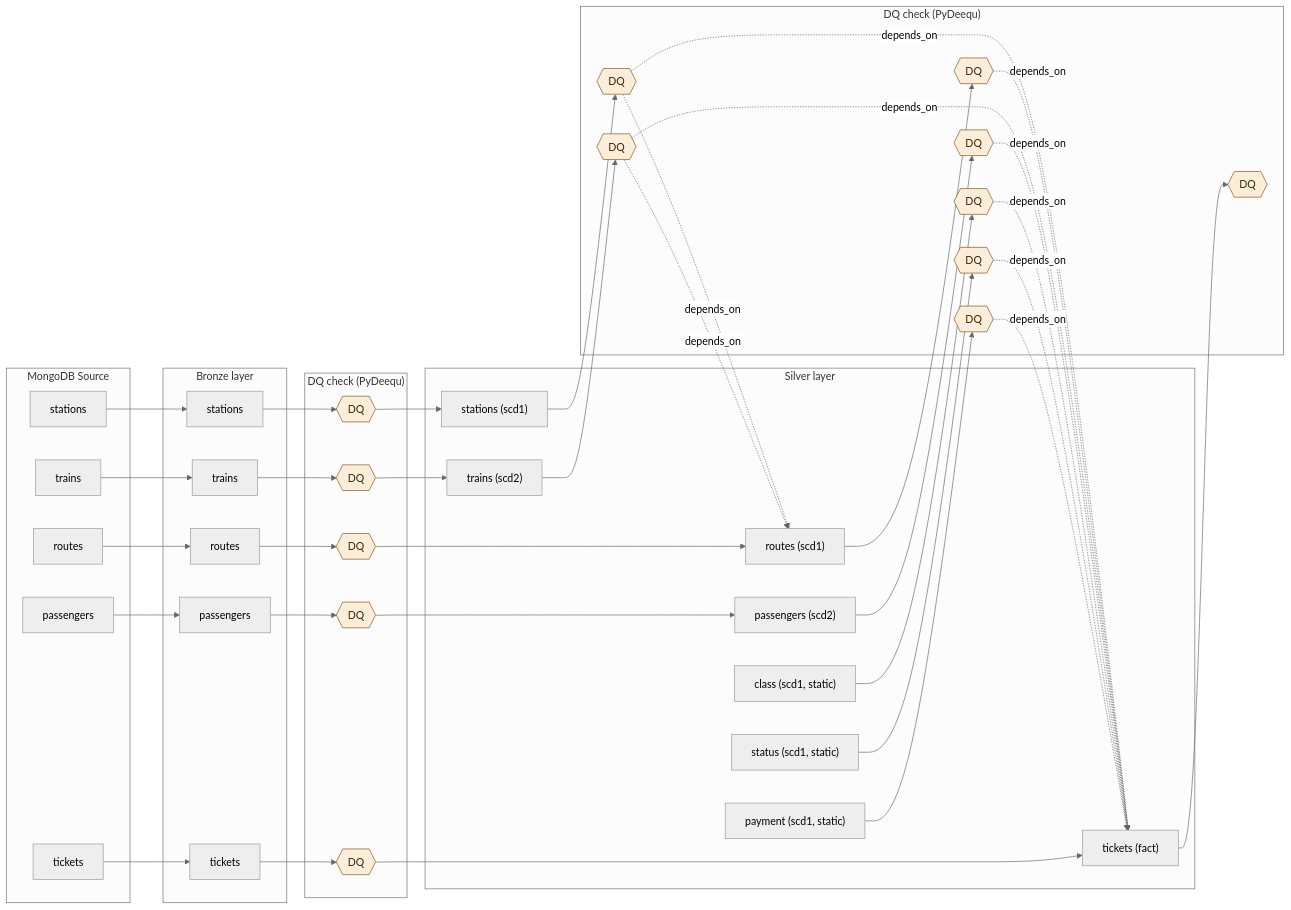
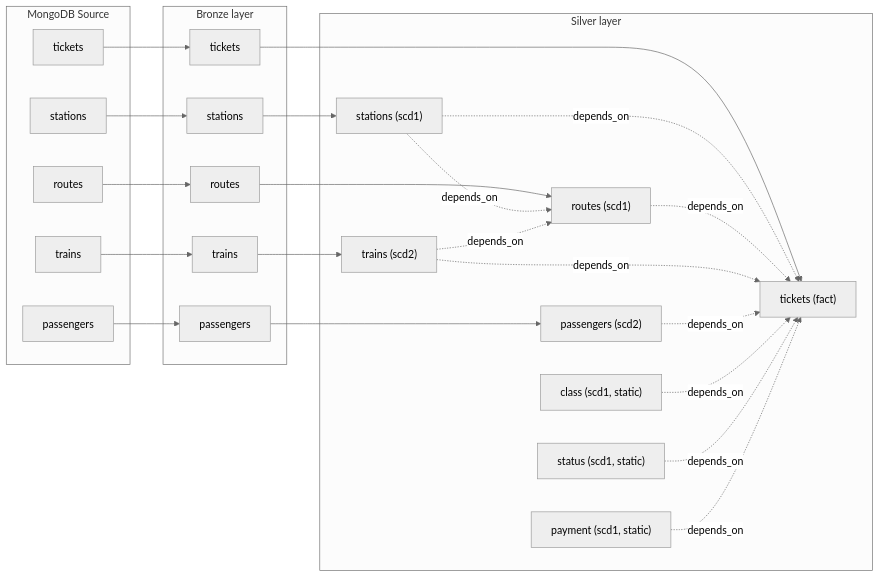
Before and after one commit to dimasegaabirama/Train-Batch-Data-Pipeline: the second of 3 diagrams in README.md, drawn with Mermaid (neutral theme). The commit also changed other lines of this file, not shown here.

````diff
--- a/README.md
+++ b/README.md
@@ -45,68 +44,44 @@
 ```mermaid
 flowchart LR
     subgraph Source["MongoDB Source"]
         S_pass["passengers"]
         S_stat["stations"]
         S_train["trains"]
         S_route["routes"]
         S_tick["tickets"]
     end
     subgraph Bronze["Bronze layer"]
         B_pass["passengers"]
         B_stat["stations"]
         B_train["trains"]
         B_route["routes"]
         B_tick["tickets"]
     end
-    subgraph DQ1["DQ check (PyDeequ)"]
-        DQB_pass{{"DQ"}}
-        DQB_stat{{"DQ"}}
-        DQB_train{{"DQ"}}
-        DQB_route{{"DQ"}}
-        DQB_tick{{"DQ"}}
-    end
     subgraph Silver["Silver layer"]
         SV_pass["passengers (scd2)"]
         SV_stat["stations (scd1)"]
         SV_train["trains (scd2)"]
         SV_route["routes (scd1)"]
         SV_tick["tickets (fact)"]
         SV_class["class (scd1, static)"]
         SV_status["status (scd1, static)"]
         SV_payment["payment (scd1, static)"]
     end
-    subgraph DQ2["DQ check (PyDeequ)"]
-        DQS_pass{{"DQ"}}
-        DQS_stat{{"DQ"}}
-        DQS_train{{"DQ"}}
-        DQS_route{{"DQ"}}
-        DQS_tick{{"DQ"}}
-        DQS_class{{"DQ"}}
-        DQS_status{{"DQ"}}
-        DQS_payment{{"DQ"}}
-    end
 
-    S_pass --> B_pass --> DQB_pass --> SV_pass --> DQS_pass
-    S_stat --> B_stat --> DQB_stat --> SV_stat --> DQS_stat
-    S_train --> B_train --> DQB_train --> SV_train --> DQS_train
-    S_route --> B_route --> DQB_route --> SV_route --> DQS_route
-    S_tick --> B_tick --> DQB_tick --> SV_tick --> DQS_tick
+    S_pass --> B_pass --> SV_pass
+    S_stat --> B_stat --> SV_stat
+    S_train --> B_train --> SV_train
+    S_route --> B_route --> SV_route
+    S_tick --> B_tick --> SV_tick
 
-    SV_class --> DQS_class
-    SV_status --> DQS_status
-    SV_payment --> DQS_payment
+    SV_stat -. depends_on .-> SV_route
+    SV_train -. depends_on .-> SV_route
 
-    DQS_stat -. depends_on .-> SV_route
-    DQS_train -. depends_on .-> SV_route
-
-    DQS_stat -. depends_on .-> SV_tick
-    DQS_route -. depends_on .-> SV_tick
-    DQS_train -. depends_on .-> SV_tick
-    DQS_pass -. depends_on .-> SV_tick
-    DQS_class -. depends_on .-> SV_tick
-    DQS_status -. depends_on .-> SV_tick
-    DQS_payment -. depends_on .-> SV_tick
-
-    classDef dq fill:#FAEEDA,stroke:#854F0B,color:#412402;
-    class DQB_pass,DQB_stat,DQB_train,DQB_route,DQB_tick,DQS_pass,DQS_stat,DQS_train,DQS_route,DQS_tick,DQS_class,DQS_status,DQS_payment dq;
+    SV_stat -. depends_on .-> SV_tick
+    SV_route -. depends_on .-> SV_tick
+    SV_train -. depends_on .-> SV_tick
+    SV_pass -. depends_on .-> SV_tick
+    SV_class -. depends_on .-> SV_tick
+    SV_status -. depends_on .-> SV_tick
+    SV_payment -. depends_on .-> SV_tick
 ```
````
